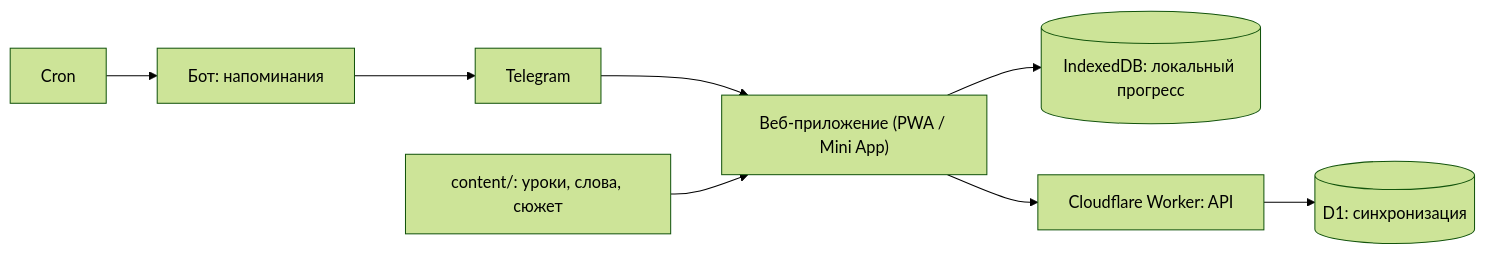
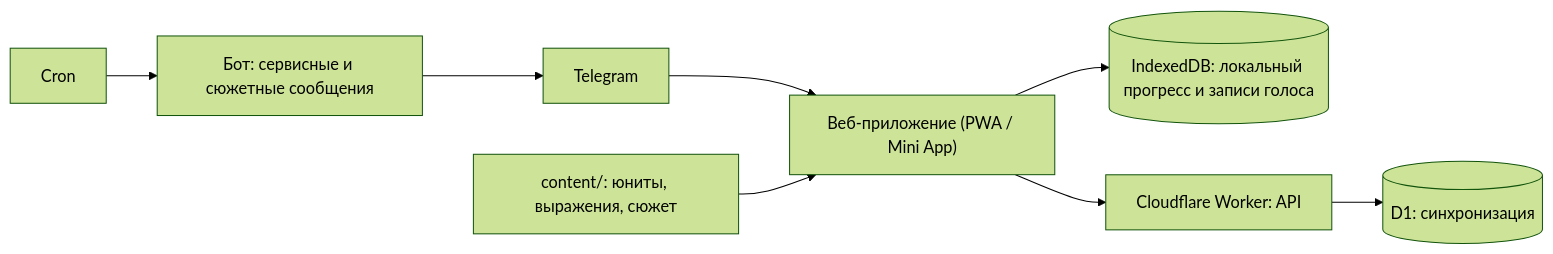
Before and after one commit to nook2b/english-learning: the second of 2 diagrams in docs/00-full-plan.md, drawn with Mermaid (forest theme). The commit also changed other lines of this file and 10 other files, not shown here.

````diff
--- a/docs/00-full-plan.md
+++ b/docs/00-full-plan.md
@@ -329,10 +393,10 @@
 ```mermaid
 flowchart LR
   TG["Telegram"] --> App["Веб-приложение (PWA / Mini App)"]
-  App --> IDB[("IndexedDB: локальный прогресс")]
+  App --> IDB[("IndexedDB: локальный прогресс и записи голоса")]
   App --> API["Cloudflare Worker: API"]
   API --> D1[("D1: синхронизация")]
-  Cron["Cron"] --> Bot["Бот: напоминания"]
+  Cron["Cron"] --> Bot["Бот: сервисные и сюжетные сообщения"]
   Bot --> TG
-  Content["content/: уроки, слова, сюжет"] --> App
+  Content["content/: юниты, выражения, сюжет"] --> App
 ```
````
